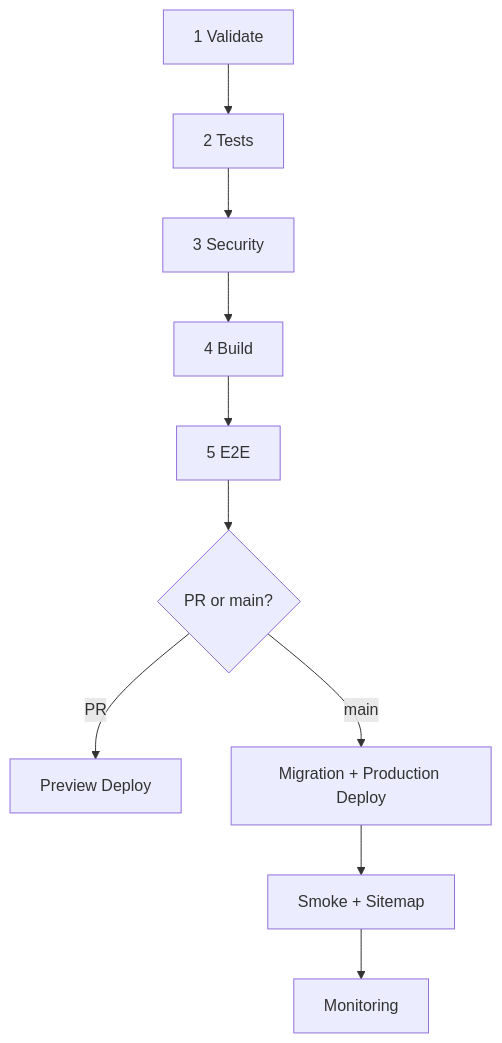
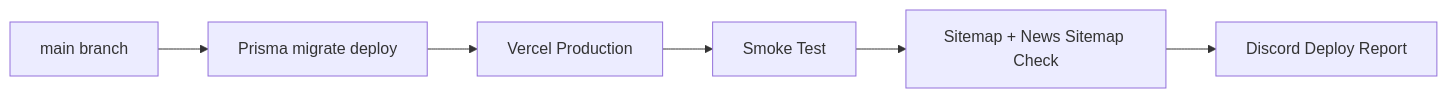
The fifth of 7 diagrams in README.md (23520904/aurews-seo), drawn with Mermaid before and after one commit. The commit also changed other lines of this file, not shown here.

````diff
--- a/README.md
+++ b/README.md
@@ -181,12 +243,8 @@
 ```mermaid
-flowchart TD
-  P1[1 Validate] --> P2[2 Tests]
-  P2 --> P3[3 Security]
-  P3 --> P4[4 Build]
-  P4 --> P5[5 E2E]
-  P5 --> P6{PR or main?}
-  P6 -->|PR| P7[Preview Deploy]
-  P6 -->|main| P8[Migration + Production Deploy]
-  P8 --> P9[Smoke + Sitemap]
-  P9 --> P10[Monitoring]
+flowchart LR
+    Main[main branch] --> Migration[Prisma migrate deploy]
+    Migration --> Vercel[Vercel Production]
+    Vercel --> Smoke[Smoke Test]
+    Smoke --> Sitemap[Sitemap + News Sitemap Check]
+    Sitemap --> Discord[Discord Deploy Report]
 ```
````
